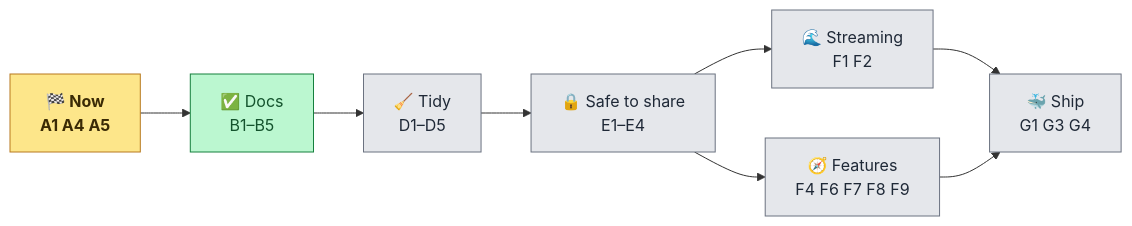
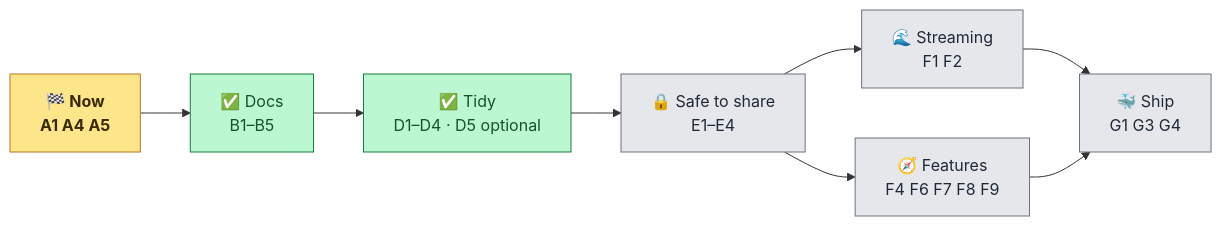
The third of 3 diagrams in BACKEND_STATUS.md (anurag-joshi-1403/Multi-Agent-AI-Platform), drawn with Mermaid before and after one commit. The commit also changed other lines of this file and 2 other files, not shown here.

First line of the commit message:
docs(tasks): mark D1-D4 done

````diff
--- a/BACKEND_STATUS.md
+++ b/BACKEND_STATUS.md
@@ -211,15 +211,15 @@
 ```mermaid
 flowchart LR
     classDef now fill:#fde68a,stroke:#b7791f,color:#3a2a05,font-weight:bold
     classDef later fill:#e5e7eb,stroke:#6b7280,color:#1f2937
     classDef done fill:#bbf7d0,stroke:#15803d,color:#14532d
-    N["🏁 Now<br/>A1 A4 A5"] --> DOC["✅ Docs<br/>B1–B5"] --> HK["🧹 Tidy<br/>D1–D5"]
+    N["🏁 Now<br/>A1 A4 A5"] --> DOC["✅ Docs<br/>B1–B5"] --> HK["✅ Tidy<br/>D1–D4 · D5 optional"]
     HK --> SAFE["🔒 Safe to share<br/>E1–E4"]
     SAFE --> STR["🌊 Streaming<br/>F1 F2"]
     SAFE --> MORE["🧭 Features<br/>F4 F6 F7 F8 F9"]
     STR --> SHIP["🐳 Ship<br/>G1 G3 G4"]
     MORE --> SHIP
     class N now
-    class DOC done
-    class HK,SAFE,STR,MORE,SHIP later
+    class DOC,HK done
+    class SAFE,STR,MORE,SHIP later
 ```
````
